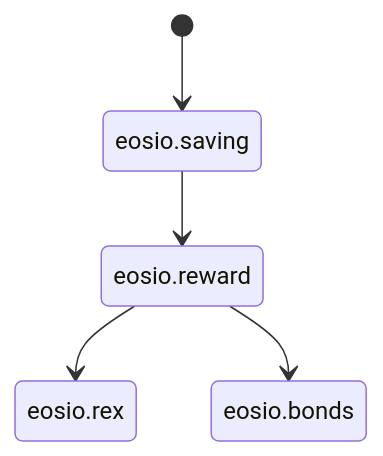
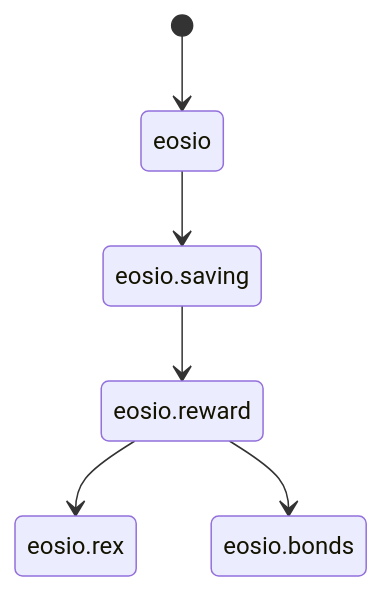
One commit to eosnetworkfoundation/eosio.reward changed the diagram in README.md. Above: the diagram before and after it, drawn with Mermaid.

Commit message:
add eosio

````diff
--- a/README.md
+++ b/README.md
@@ -7,7 +7,8 @@
 ```mermaid
 stateDiagram-v2
-    [*] --> eosio.saving
+    [*] --> eosio
+    eosio --> eosio.saving
     eosio.saving --> eosio.reward
     eosio.reward --> eosio.rex
     eosio.reward --> eosio.bonds
 ```
````
